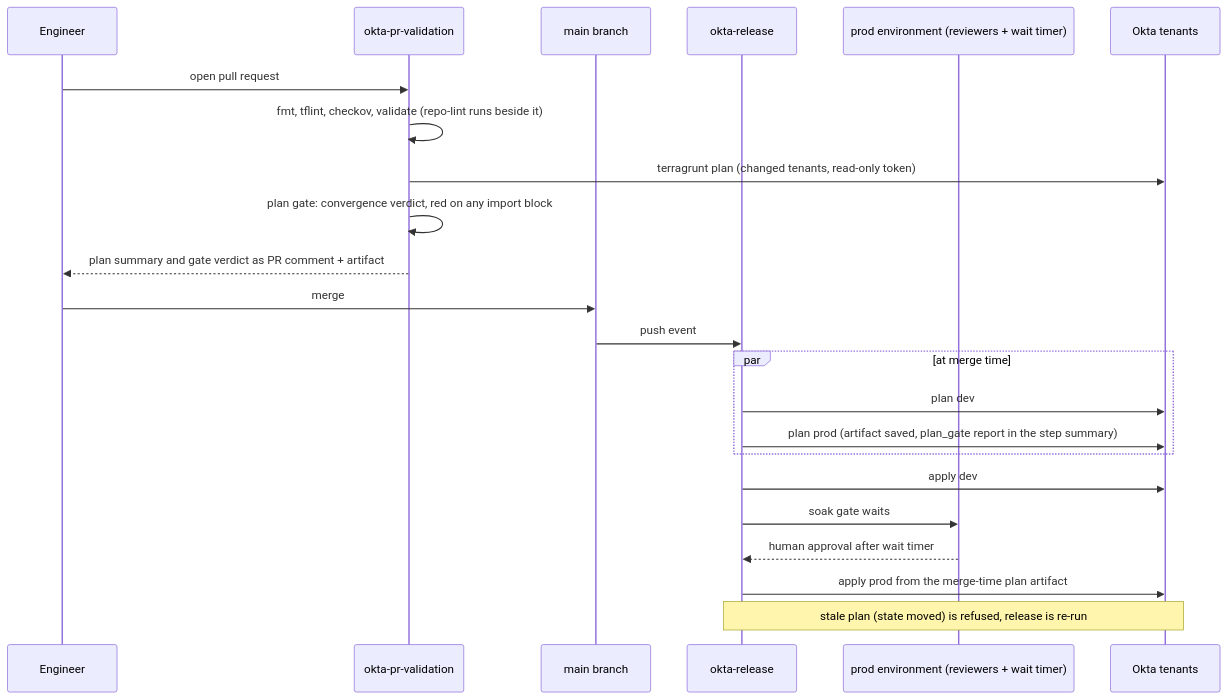
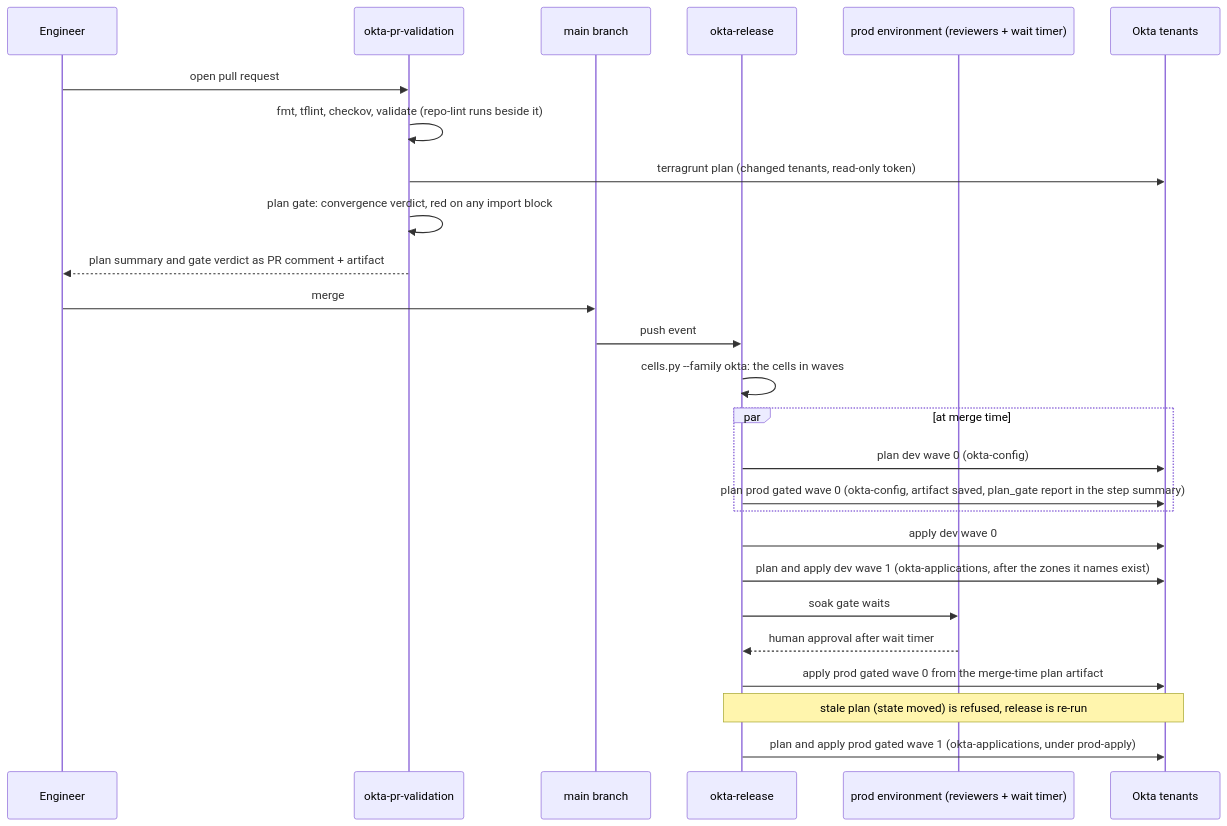
Before and after one commit to AdamFields1/identity-as-code: the ninth of 9 diagrams in docs/architecture.md, drawn with Mermaid. The commit also changed other lines of this file and 54 other files, not shown here.

````diff
--- a/docs/architecture.md
+++ b/docs/architecture.md
@@ -717,26 +781,29 @@
 ```mermaid
 sequenceDiagram
   participant Dev as Engineer
   participant PR as okta-pr-validation
   participant Main as main branch
   participant Rel as okta-release
   participant Gate as prod environment (reviewers + wait timer)
   participant Okta as Okta tenants
 
   Dev->>PR: open pull request
   PR->>PR: fmt, tflint, checkov, validate (repo-lint runs beside it)
   PR->>Okta: terragrunt plan (changed tenants, read-only token)
   PR->>PR: plan gate: convergence verdict, red on any import block
   PR-->>Dev: plan summary and gate verdict as PR comment + artifact
   Dev->>Main: merge
   Main->>Rel: push event
+  Rel->>Rel: cells.py --family okta: the cells in waves
   par at merge time
-    Rel->>Okta: plan dev
-    Rel->>Okta: plan prod (artifact saved, plan_gate report in the step summary)
+    Rel->>Okta: plan dev wave 0 (okta-config)
+    Rel->>Okta: plan prod gated wave 0 (okta-config, artifact saved, plan_gate report in the step summary)
   end
-  Rel->>Okta: apply dev
+  Rel->>Okta: apply dev wave 0
+  Rel->>Okta: plan and apply dev wave 1 (okta-applications, after the zones it names exist)
   Rel->>Gate: soak gate waits
   Gate-->>Rel: human approval after wait timer
-  Rel->>Okta: apply prod from the merge-time plan artifact
+  Rel->>Okta: apply prod gated wave 0 from the merge-time plan artifact
   Note over Rel,Okta: stale plan (state moved) is refused, release is re-run
+  Rel->>Okta: plan and apply prod gated wave 1 (okta-applications, under prod-apply)
 ```
````
